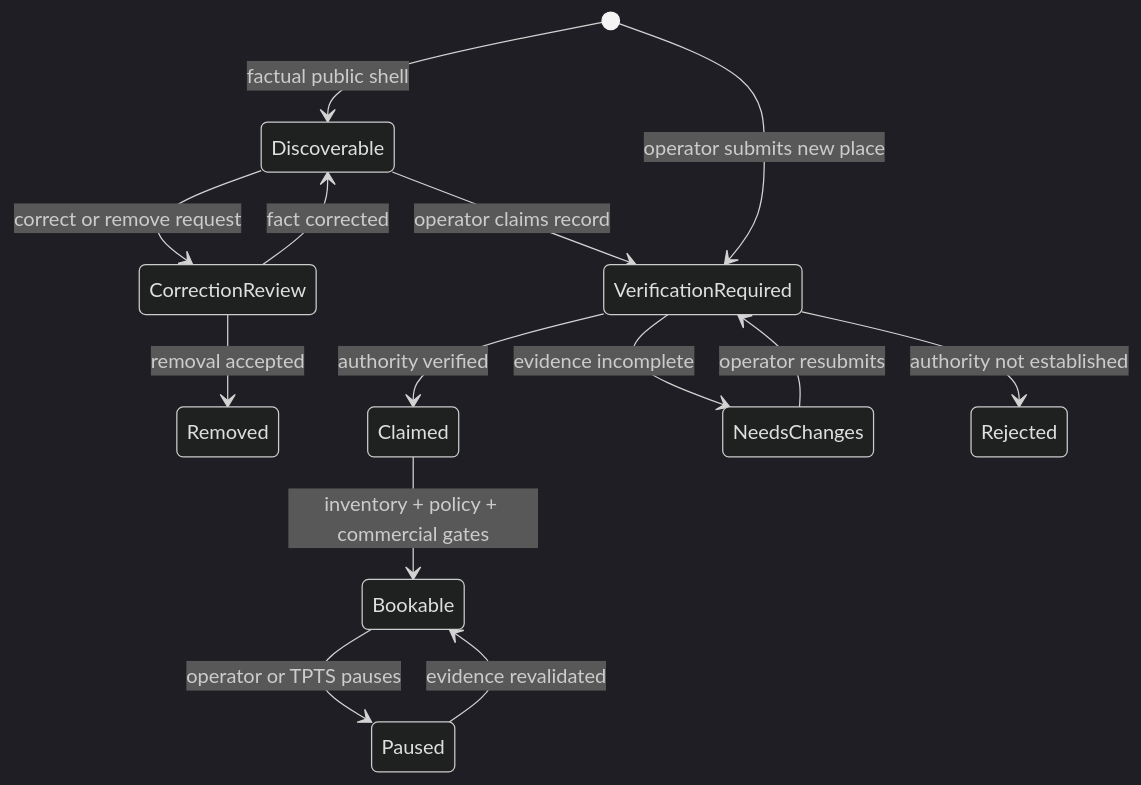
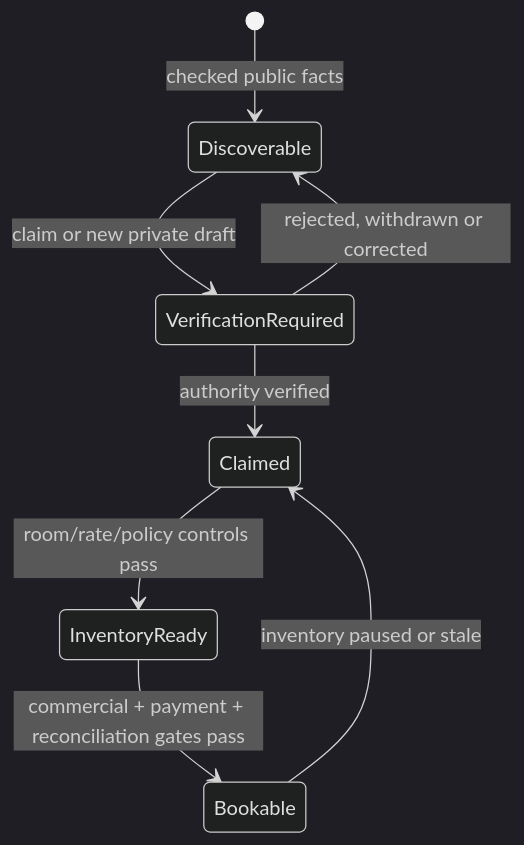
One commit to freeman-ipumbu/tpts-grid-case-study changed the second of 2 diagrams in docs/architecture.md. Above: the diagram before and after it, drawn with Mermaid (dark theme). The commit also changed other lines of this file and 4 other files, not shown here.

````diff
--- a/docs/architecture.md
+++ b/docs/architecture.md
@@ -144,16 +100,10 @@
 ```mermaid
 stateDiagram-v2
-    [*] --> Discoverable: factual public shell
-    Discoverable --> CorrectionReview: correct or remove request
-    CorrectionReview --> Discoverable: fact corrected
-    CorrectionReview --> Removed: removal accepted
-    Discoverable --> VerificationRequired: operator claims record
-    [*] --> VerificationRequired: operator submits new place
+    [*] --> Discoverable: checked public facts
+    Discoverable --> VerificationRequired: claim or new private draft
+    VerificationRequired --> Discoverable: rejected, withdrawn or corrected
     VerificationRequired --> Claimed: authority verified
-    VerificationRequired --> NeedsChanges: evidence incomplete
-    VerificationRequired --> Rejected: authority not established
-    NeedsChanges --> VerificationRequired: operator resubmits
-    Claimed --> Bookable: inventory + policy + commercial gates
-    Bookable --> Paused: operator or TPTS pauses
-    Paused --> Bookable: evidence revalidated
+    Claimed --> InventoryReady: room/rate/policy controls pass
+    InventoryReady --> Bookable: commercial + payment + reconciliation gates pass
+    Bookable --> Claimed: inventory paused or stale
 ```
````
